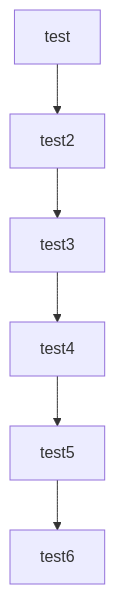
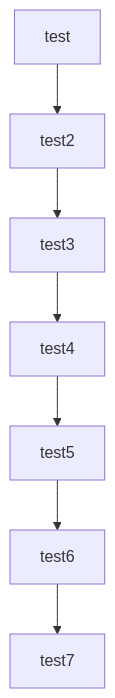
One commit to disambiguationuk/MermaidTest changed the diagram in docs/mermaid.md. Above: the diagram before and after it, drawn with Mermaid.

Commit message:
Fire trigger

````diff
--- a/docs/mermaid.md
+++ b/docs/mermaid.md
@@ -3,8 +3,9 @@
 ```mermaid
 graph TD
     test --> test2
     test2 --> test3
     test3 --> test4
     test4 --> test5
     test5 --> test6
+    test6 --> test7
 ```
````
